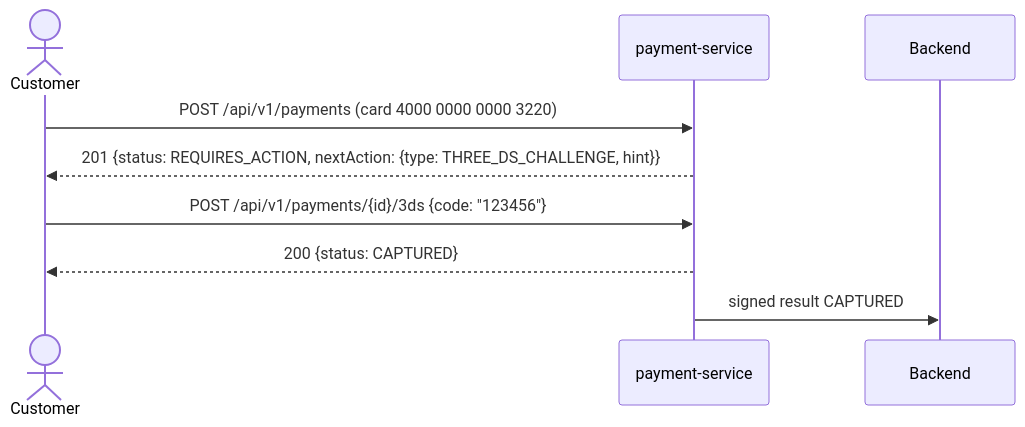
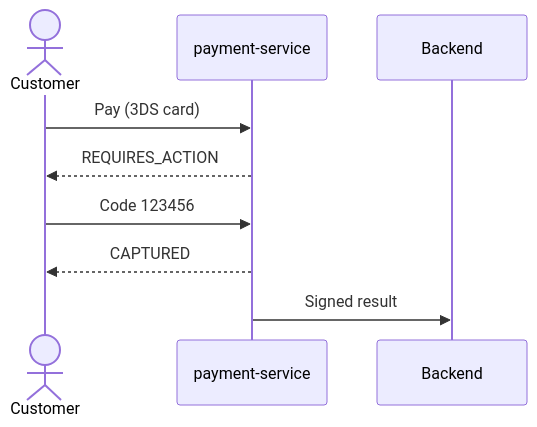
Before and after one commit to slawekradzyminski/awesome-localstack: the third of 4 diagrams in docs-site/docs/flows/payments.md, drawn with Mermaid. The commit also changed other lines of this file and 27 other files, not shown here.

First line of the commit message:
Fix unrendered wiki diagrams and make every diagram readable

````diff
--- a/docs-site/docs/flows/payments.md
+++ b/docs-site/docs/flows/payments.md
@@ -99,11 +93,11 @@
 ```mermaid
 sequenceDiagram
     actor C as Customer
     participant P as payment-service
     participant B as Backend
-    C->>P: POST /api/v1/payments (card 4000 0000 0000 3220)
-    P-->>C: 201 {status: REQUIRES_ACTION, nextAction: {type: THREE_DS_CHALLENGE, hint}}
-    C->>P: POST /api/v1/payments/{id}/3ds {code: "123456"}
-    P-->>C: 200 {status: CAPTURED}
-    P->>B: signed result CAPTURED
+    C->>P: Pay (3DS card)
+    P-->>C: REQUIRES_ACTION
+    C->>P: Code 123456
+    P-->>C: CAPTURED
+    P->>B: Signed result
 ```
````
